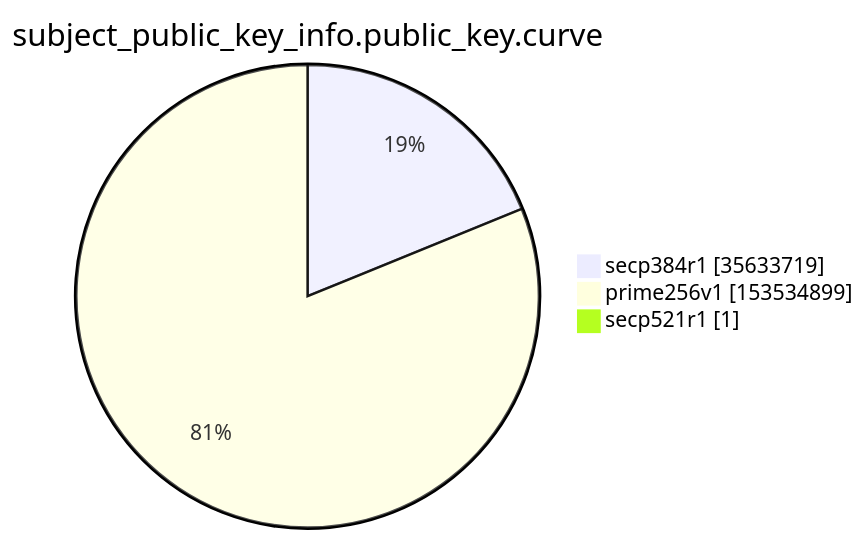
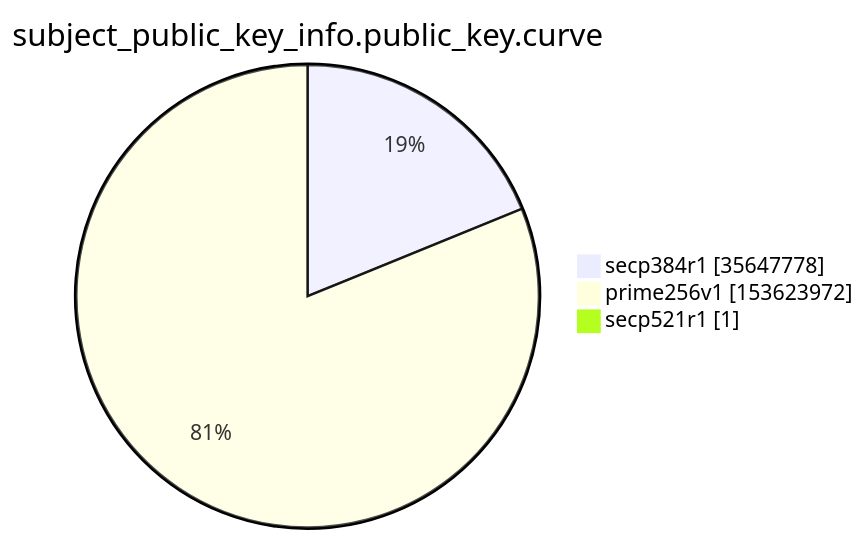
One commit to christiankrug/ctmonitor_visualization changed the ninth of 15 diagrams in argon2022/README.md. Above: the diagram before and after it, drawn with Mermaid. The commit also changed other lines of this file, not shown here.

````diff
--- a/argon2022/README.md
+++ b/argon2022/README.md
@@ -2765,7 +2765,7 @@
 ```mermaid
 pie showData
 title subject_public_key_info.public_key.curve
-"secp384r1" :35633719
-"prime256v1" :153534899
+"secp384r1" :35647778
+"prime256v1" :153623972
 "secp521r1" :1
 ```
````
